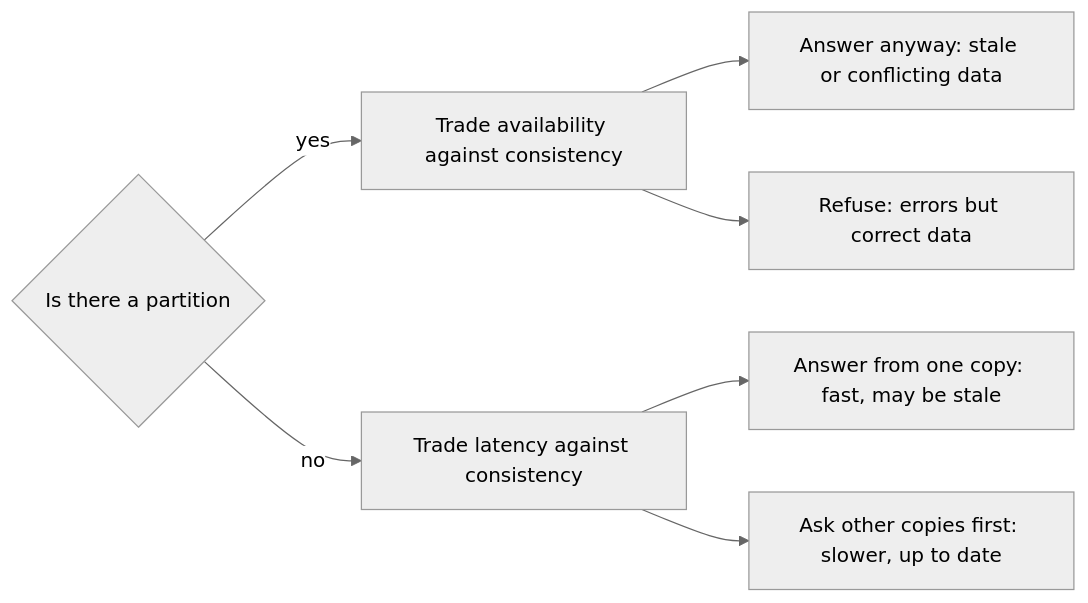
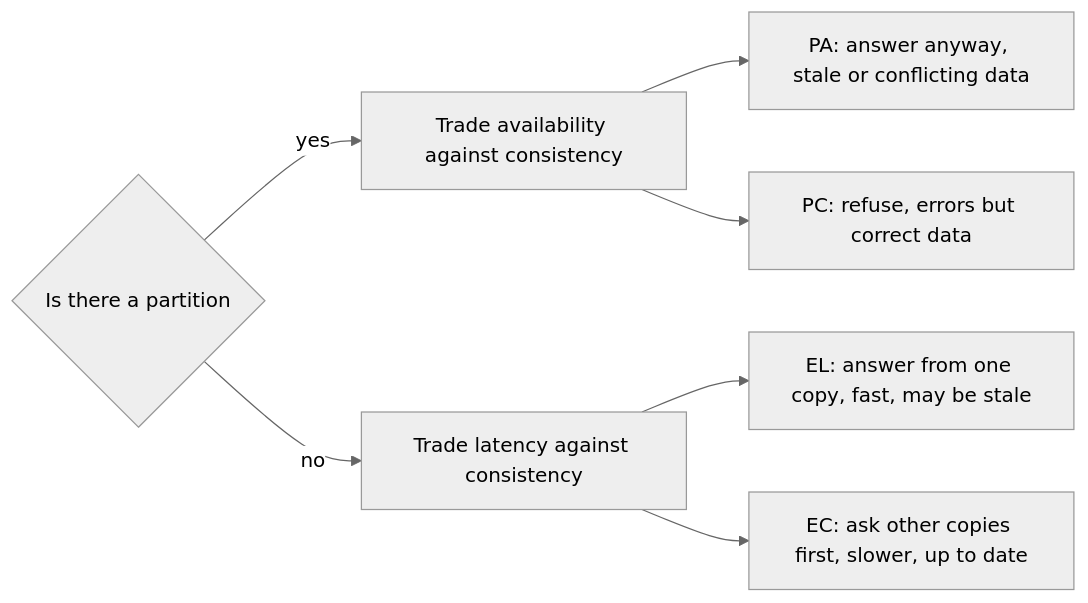
One commit to pravnyadv/dev-essentials changed the second of 13 diagrams in site/authored/sd/distributed.md. Above: the diagram before and after it, drawn with Mermaid (neutral theme). The commit also changed other lines of this file and 66 other files, not shown here.

````diff
--- a/site/authored/sd/distributed.md
+++ b/site/authored/sd/distributed.md
@@ -48,9 +50,9 @@
 ```mermaid PACELC asks one of two questions depending on whether a partition is happening
 flowchart LR
   S{Is there a partition} -->|yes| P[Trade availability against consistency]
   S -->|no| L[Trade latency against consistency]
-  P --> PA[Answer anyway: stale or conflicting data]
-  P --> PC[Refuse: errors but correct data]
-  L --> EL[Answer from one copy: fast, may be stale]
-  L --> EC[Ask other copies first: slower, up to date]
+  P --> PA[PA: answer anyway, stale or conflicting data]
+  P --> PC[PC: refuse, errors but correct data]
+  L --> EL[EL: answer from one copy, fast, may be stale]
+  L --> EC[EC: ask other copies first, slower, up to date]
 ```
````
